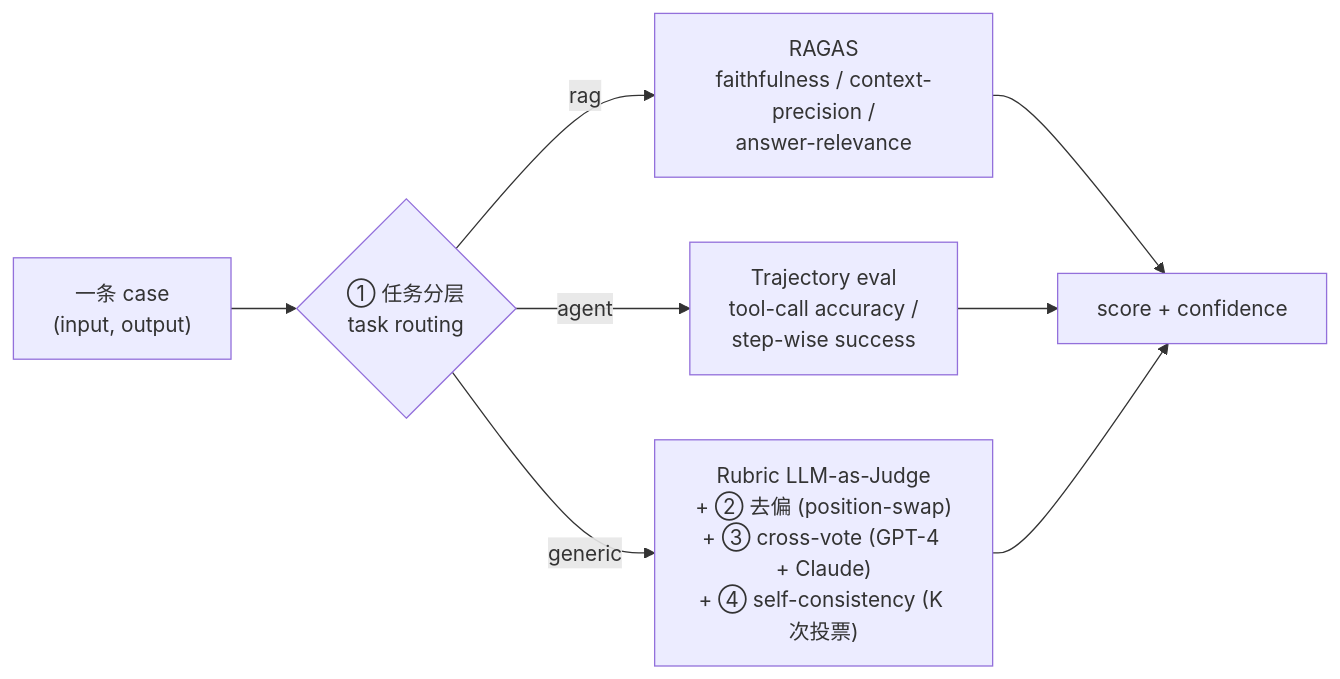
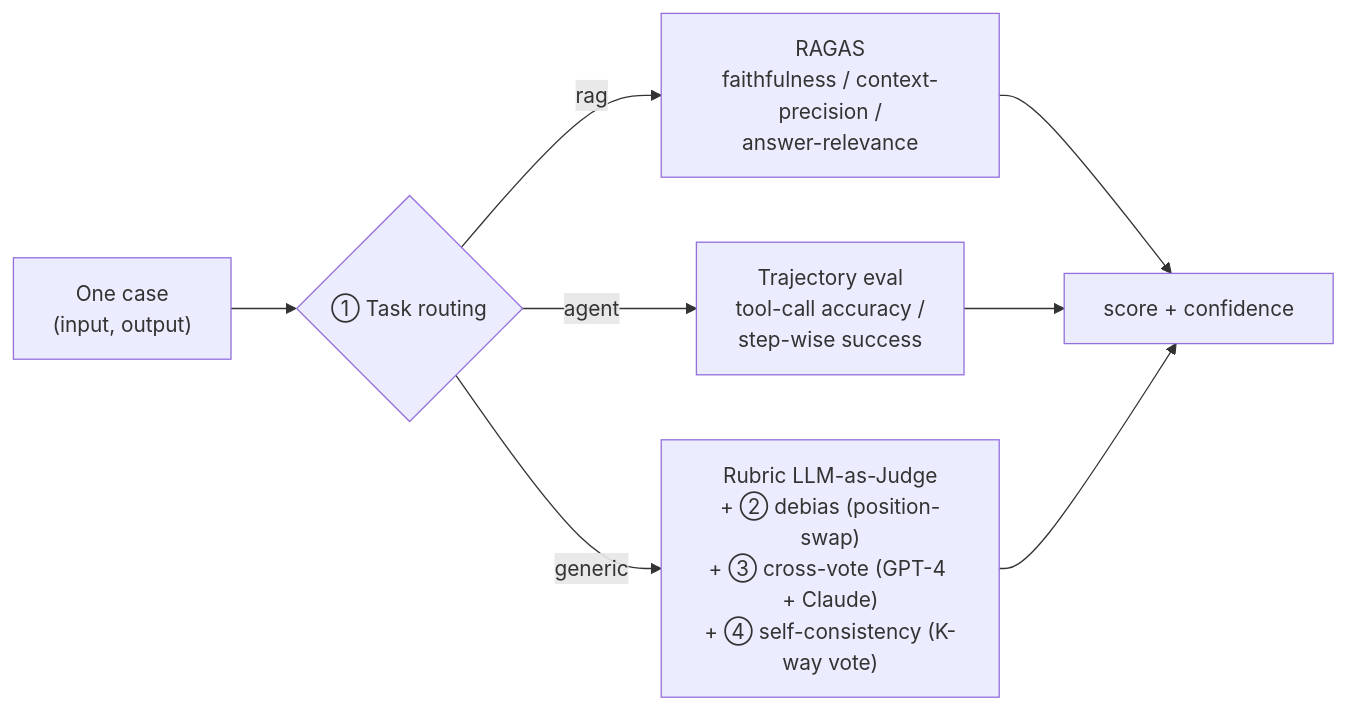
Before and after one commit to AndyUneducated/eval-gate: the third of 4 diagrams in docs/design.md, drawn with Mermaid. The commit also changed other lines of this file and 22 other files, not shown here.

````diff
--- a/docs/design.md
+++ b/docs/design.md
@@ -157,10 +157,10 @@
 ```mermaid
 flowchart LR
-    CASE["一条 case<br/>(input, output)"] --> R{"① 任务分层<br/>task routing"}
+    CASE["One case<br/>(input, output)"] --> R{"① Task routing"}
     R -->|"rag"| RAGAS["RAGAS<br/>faithfulness / context-precision /<br/>answer-relevance"]
     R -->|"agent"| TRAJ["Trajectory eval<br/>tool-call accuracy /<br/>step-wise success"]
-    R -->|"generic"| G["Rubric LLM-as-Judge<br/>+ ② 去偏 (position-swap)<br/>+ ③ cross-vote (GPT-4 + Claude)<br/>+ ④ self-consistency (K 次投票)"]
+    R -->|"generic"| G["Rubric LLM-as-Judge<br/>+ ② debias (position-swap)<br/>+ ③ cross-vote (GPT-4 + Claude)<br/>+ ④ self-consistency (K-way vote)"]
     RAGAS --> OUT["score + confidence"]
     TRAJ --> OUT
     G --> OUT
 ```
````
